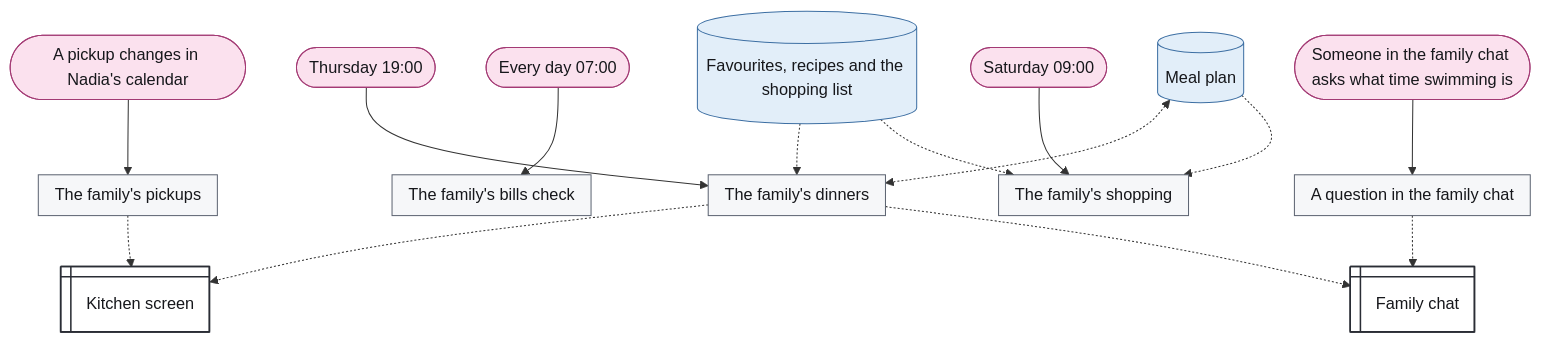
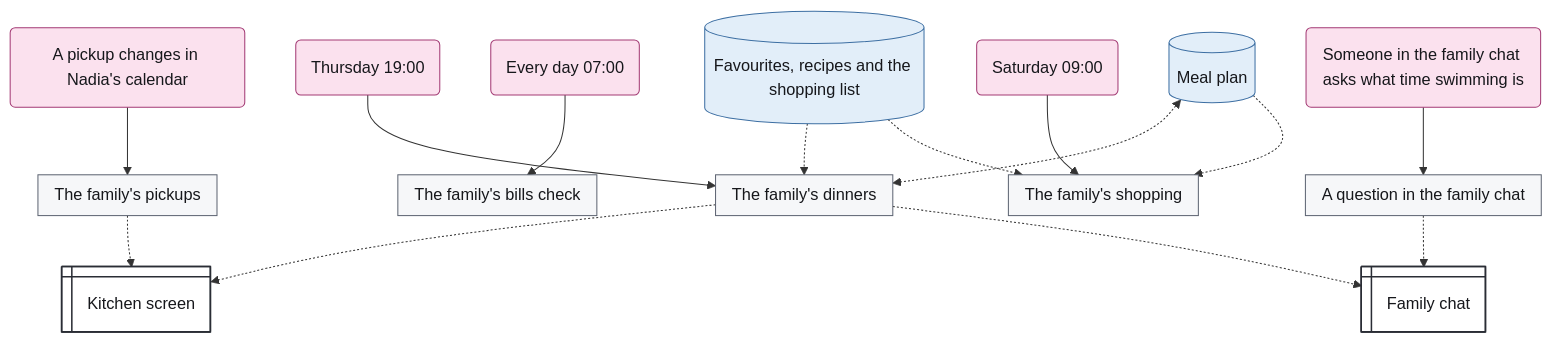
One commit to chrismdp/awml changed the diagram in examples/family-map.mmd. Above: the diagram before and after it, drawn with Mermaid. The commit also changed 91 other files, not shown here.

```diff
--- a/examples/family-map.mmd
+++ b/examples/family-map.mmd
@@ -1,66 +1,66 @@
 ---
 config:
   theme: default
   fontFamily: Inter, sans-serif
   flowchart:
     useMaxWidth: false
     subGraphTitleMargin:
       top: 6
       bottom: 30
 ---
 flowchart TB
-  w1_thu(["Thursday 19#58;00"])
-  w2_sat(["Saturday 09#58;00"])
-  w3_daily(["Every day 07#58;00"])
-  w4_changed(["A pickup changes in Nadia#39;s calendar"])
-  w5_ask(["Someone in the family chat asks what time swimming is"])
+  w1_thu("Thursday 19#58;00")
+  w2_sat("Saturday 09#58;00")
+  w3_daily("Every day 07#58;00")
+  w4_changed("A pickup changes in Nadia#39;s calendar")
+  w5_ask("Someone in the family chat asks what time swimming is")
   s1@{ shape: win-pane, label: "Kitchen screen" }
   s2[("Favourites#44; recipes and the shopping list")]
   s3[("Meal plan")]
   s4@{ shape: win-pane, label: "Family chat" }
   subgraph w1["The family#39;s dinners"]
     direction TB
   end
   subgraph w2["The family#39;s shopping"]
     direction TB
   end
   subgraph w3["The family#39;s bills check"]
     direction TB
   end
   subgraph w4["The family#39;s pickups"]
     direction TB
   end
   subgraph w5["A question in the family chat"]
     direction TB
   end
 
   w1_thu --> w1
   w2_sat --> w2
   w3_daily --> w3
   w4_changed --> w4
   w5_ask --> w5
   w1 -.-> s1
   w4 -.-> s1
   s2 -.-> w1
   s2 -.-> w2
   s3 <-.-> w1
   s3 -.-> w2
   w1 -.-> s4
   w5 -.-> s4
   classDef trig fill:#fbe1ee,stroke:#a33a74,color:#16171b
   classDef ctx fill:#e2eef9,stroke:#3d6fa3,color:#16171b
   classDef con fill:#eceef2,stroke:#5d6472,color:#16171b
   classDef surf fill:#ffffff,stroke:#2a2d35,stroke-width:1.5px,color:#16171b
   classDef out fill:#fde4dc,stroke:#b5532f,color:#16171b
   classDef ai fill:#cdd3fb,stroke:#3b4bb0,color:#16171b
   classDef code fill:#c4e3d1,stroke:#2b7a4f,color:#16171b
   classDef person fill:#f7d79a,stroke:#9a6100,color:#16171b
   classDef gap fill:#ffffff,stroke:#8a93a3,stroke-dasharray:4 3,color:#6b7280
   class w1_thu,w2_sat,w3_daily,w4_changed,w5_ask trig
   class s2,s3 ctx
   class s1,s4 surf
   style w1 fill:#f6f7f9,stroke:#5d6472,color:#16171b
   style w2 fill:#f6f7f9,stroke:#5d6472,color:#16171b
   style w3 fill:#f6f7f9,stroke:#5d6472,color:#16171b
   style w4 fill:#f6f7f9,stroke:#5d6472,color:#16171b
   style w5 fill:#f6f7f9,stroke:#5d6472,color:#16171b
```
